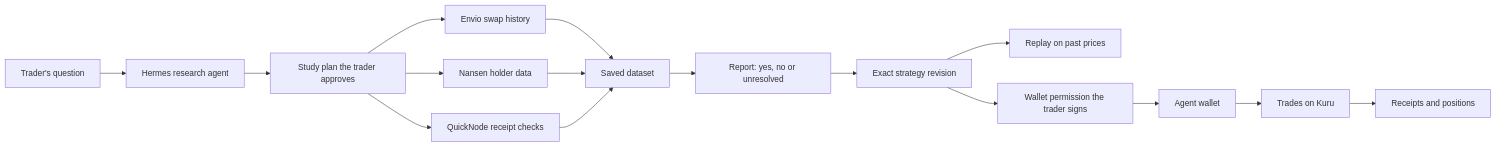
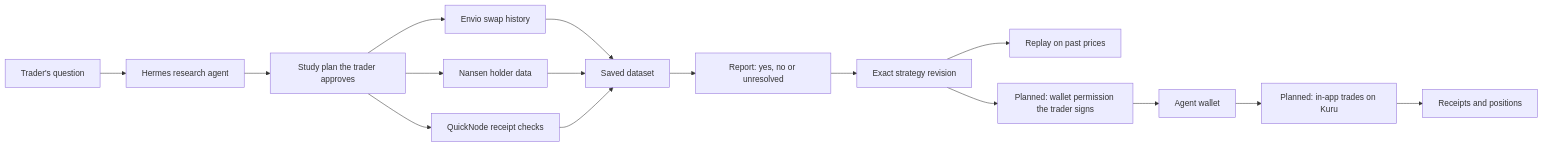
Before and after one commit to edge-os-app/edge-os: the diagram in README.md, drawn with Mermaid. The commit also changed other lines of this file, not shown here.

````diff
--- a/README.md
+++ b/README.md
@@ -76,18 +85,18 @@
 ```mermaid
 flowchart LR
   Q[Trader's question] --> H[Hermes research agent]
   H --> P[Study plan the trader approves]
   P --> E[Envio swap history]
   P --> N[Nansen holder data]
   P --> R[QuickNode receipt checks]
   E --> D[Saved dataset]
   N --> D
   R --> D
   D --> RP[Report: yes, no or unresolved]
   RP --> S[Exact strategy revision]
   S --> B[Replay on past prices]
-  S --> M[Wallet permission the trader signs]
+  S --> M[Planned: wallet permission the trader signs]
   M --> A[Agent wallet]
-  A --> K[Trades on Kuru]
+  A --> K[Planned: in-app trades on Kuru]
   K --> L[Receipts and positions]
 ```
````
